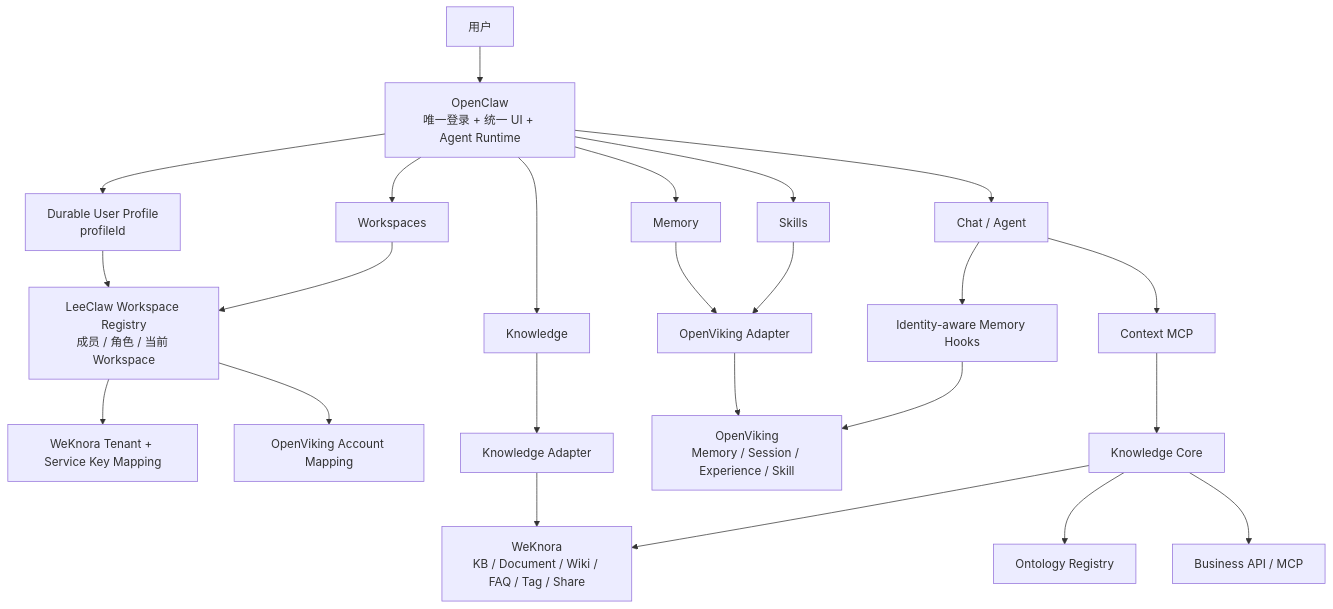
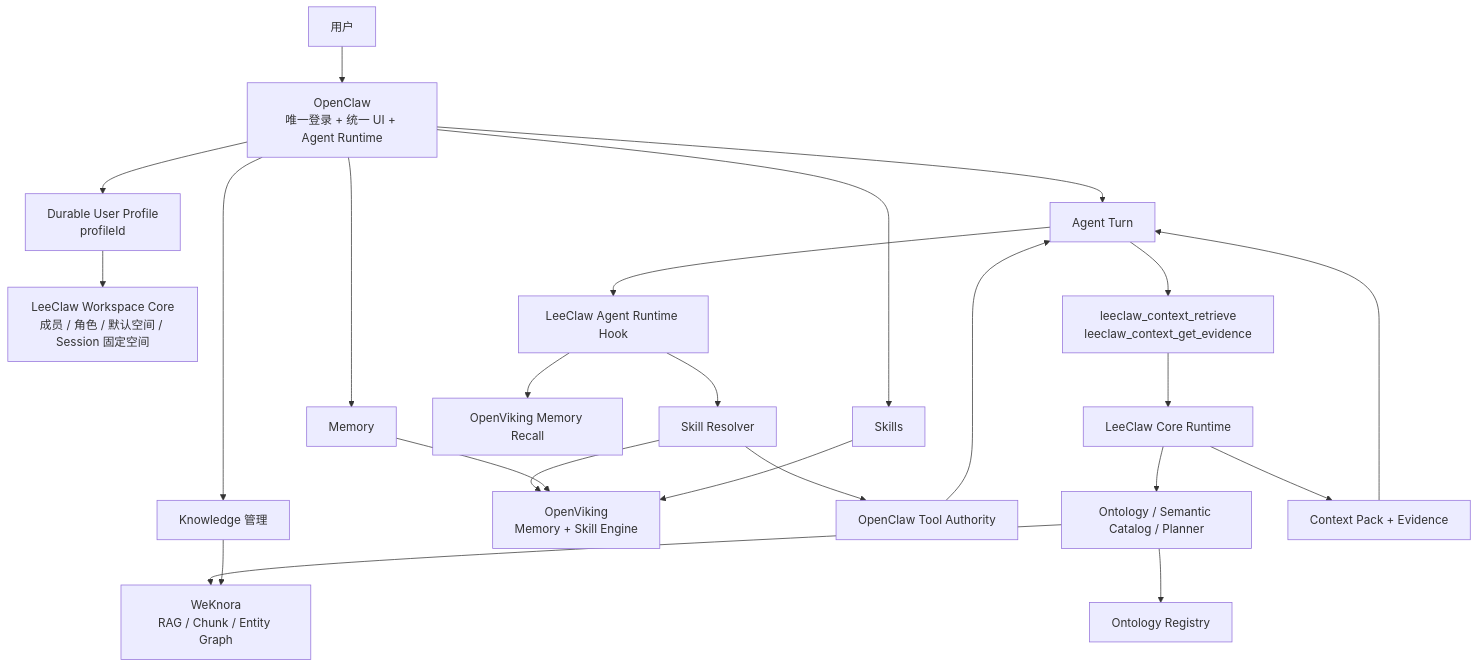
One commit to superbuzzy/Weknora-Semantica changed the diagram in README.md. Above: the diagram before and after it, drawn with Mermaid. The commit also changed other lines of this file and 54 other files, not shown here.

First line of the commit message:
LeeClaw v0.8 — Dynamic Skill + Knowledge Runtime

````diff
--- a/README.md
+++ b/README.md
@@ -13,31 +15,30 @@
 ```mermaid
 flowchart TB
     U[用户] --> OC[OpenClaw\n唯一登录 + 统一 UI + Agent Runtime]
     OC --> P[Durable User Profile\nprofileId]
+    P --> WR[LeeClaw Workspace Core\n成员 / 角色 / 默认空间 / Session 固定空间]
 
-    P --> WR[LeeClaw Workspace Registry\n成员 / 角色 / 当前 Workspace]
-    WR --> KMAP[WeKnora Tenant + Service Key Mapping]
-    WR --> MMAP[OpenViking Account Mapping]
-
-    OC --> CHAT[Chat / Agent]
-    OC --> KUI[Knowledge]
-    OC --> WUI[Workspaces]
+    OC --> CHAT[Agent Turn]
+    OC --> KUI[Knowledge 管理]
     OC --> MUI[Memory]
     OC --> SUI[Skills]
 
-    KUI --> KAD[Knowledge Adapter]
-    WUI --> WR
-    KAD --> WK[WeKnora\nKB / Document / Wiki / FAQ / Tag / Share]
+    CHAT --> RT[LeeClaw Agent Runtime Hook]
+    RT --> MEM[OpenViking Memory Recall]
+    RT --> SR[Skill Resolver]
+    SR --> OV[OpenViking\nMemory + Skill Engine]
+    SR --> TA[OpenClaw Tool Authority]
+    TA --> CHAT
 
-    MUI --> OAD[OpenViking Adapter]
-    SUI --> OAD
-    CHAT --> MR[Identity-aware Memory Hooks]
-    OAD --> OV[OpenViking\nMemory / Session / Experience / Skill]
-    MR --> OV
+    CHAT --> KT[leeclaw_context_retrieve\nleeclaw_context_get_evidence]
+    KT --> KCORE[LeeClaw Core Runtime]
+    KCORE --> PL[Ontology / Semantic Catalog / Planner]
+    PL --> WK[WeKnora\nRAG / Chunk / Entity Graph]
+    PL --> ONT[Ontology Registry]
+    KCORE --> CP[Context Pack + Evidence]
+    CP --> CHAT
 
-    CHAT --> MCP[Context MCP]
-    MCP --> KC[Knowledge Core]
-    KC --> WK
-    KC --> ONT[Ontology Registry]
-    KC --> DATA[Business API / MCP]
+    KUI --> WK
+    MUI --> OV
+    SUI --> OV
 ```
````
